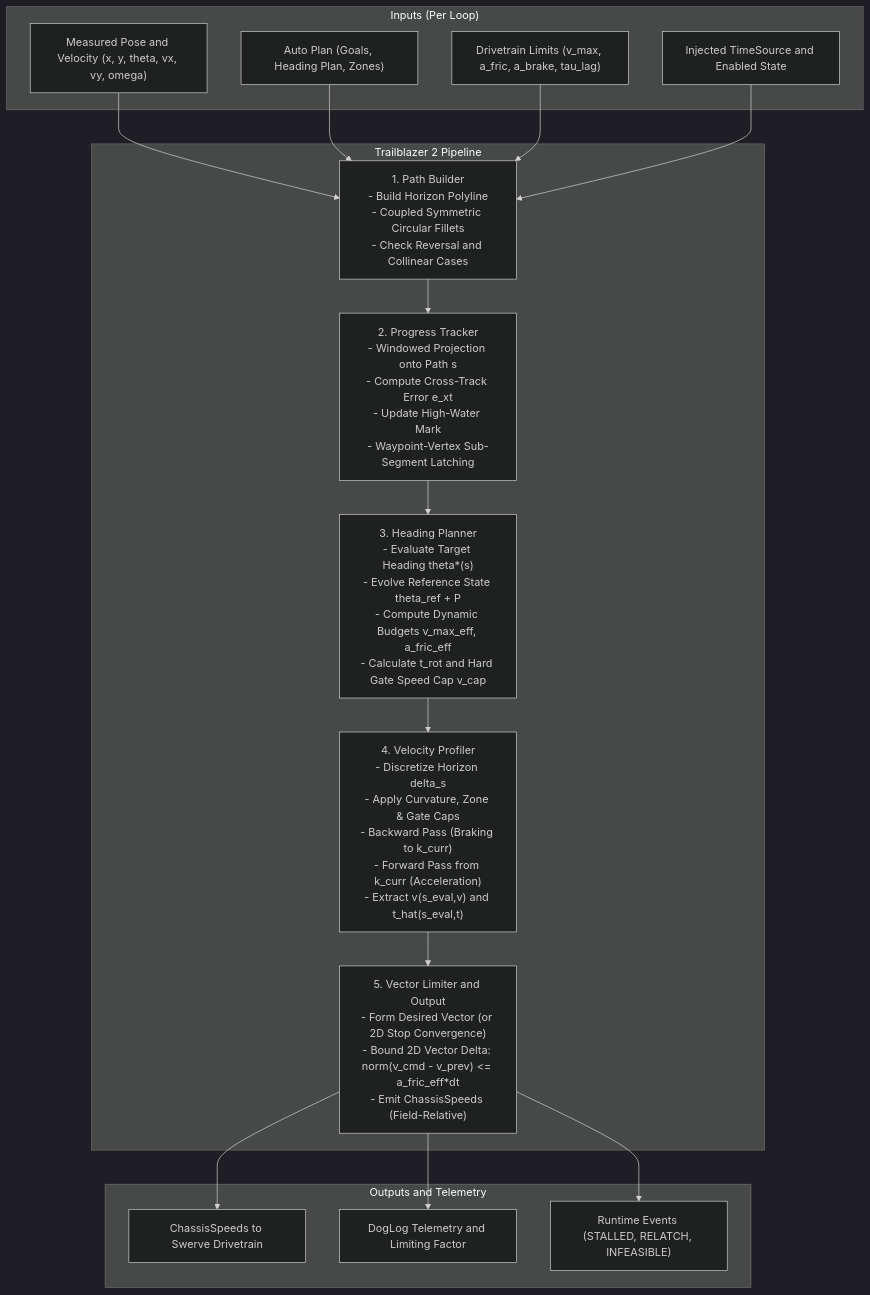
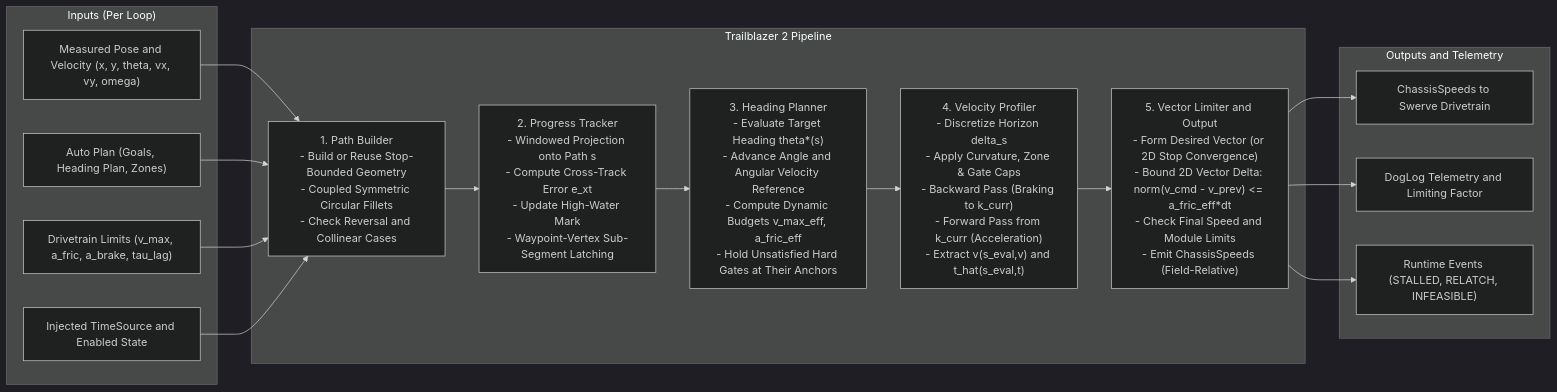
The first of 2 diagrams in shared/src/main/java/com/team581/trailblazer2/planning/00-overview-and-architecture.md (team581/offseason-2026), drawn with Mermaid (dark theme) before and after one commit. The commit also changed other lines of this file and 9 other files, not shown here.

Commit message:
Update implementation roadmap

````diff
--- a/shared/src/main/java/com/team581/trailblazer2/planning/00-overview-and-architecture.md
+++ b/shared/src/main/java/com/team581/trailblazer2/planning/00-overview-and-architecture.md
@@ -48,36 +52,36 @@
 ```mermaid
-flowchart TD
+flowchart LR
     subgraph Inputs ["Inputs (Per Loop)"]
         State["Measured Pose and Velocity (x, y, theta, vx, vy, omega)"]
         Spec["Auto Plan (Goals, Heading Plan, Zones)"]
         Limits["Drivetrain Limits (v_max, a_fric, a_brake, tau_lag)"]
         Time["Injected TimeSource and Enabled State"]
     end
 
     subgraph Pipeline ["Trailblazer 2 Pipeline"]
-        Step1["1. Path Builder<br/>- Build Horizon Polyline<br/>- Coupled Symmetric Circular Fillets<br/>- Check Reversal and Collinear Cases"]
+        Step1["1. Path Builder<br/>- Build or Reuse Stop-Bounded Geometry<br/>- Coupled Symmetric Circular Fillets<br/>- Check Reversal and Collinear Cases"]
         Step2["2. Progress Tracker<br/>- Windowed Projection onto Path s<br/>- Compute Cross-Track Error e_xt<br/>- Update High-Water Mark<br/>- Waypoint-Vertex Sub-Segment Latching"]
-        Step3["3. Heading Planner<br/>- Evaluate Target Heading theta*(s)<br/>- Evolve Reference State theta_ref + P<br/>- Compute Dynamic Budgets v_max_eff, a_fric_eff<br/>- Calculate t_rot and Hard Gate Speed Cap v_cap"]
+        Step3["3. Heading Planner<br/>- Evaluate Target Heading theta*(s)<br/>- Advance Angle and Angular Velocity Reference<br/>- Compute Dynamic Budgets v_max_eff, a_fric_eff<br/>- Hold Unsatisfied Hard Gates at Their Anchors"]
         Step4["4. Velocity Profiler<br/>- Discretize Horizon delta_s<br/>- Apply Curvature, Zone & Gate Caps<br/>- Backward Pass (Braking to k_curr)<br/>- Forward Pass from k_curr (Acceleration)<br/>- Extract v(s_eval,v) and t_hat(s_eval,t)"]
-        Step5["5. Vector Limiter and Output<br/>- Form Desired Vector (or 2D Stop Convergence)<br/>- Bound 2D Vector Delta: norm(v_cmd - v_prev) <= a_fric_eff*dt<br/>- Emit ChassisSpeeds (Field-Relative)"]
+        Step5["5. Vector Limiter and Output<br/>- Form Desired Vector (or 2D Stop Convergence)<br/>- Bound 2D Vector Delta: norm(v_cmd - v_prev) <= a_fric_eff*dt<br/>- Check Final Speed and Module Limits<br/>- Emit ChassisSpeeds (Field-Relative)"]
     end
 
     subgraph Output ["Outputs and Telemetry"]
         Cmd["ChassisSpeeds to Swerve Drivetrain"]
         Logs["DogLog Telemetry and Limiting Factor"]
         Events["Runtime Events (STALLED, RELATCH, INFEASIBLE)"]
     end
 
     State --> Step1
     Spec --> Step1
     Limits --> Step1
     Time --> Step1
 
     Step1 --> Step2
     Step2 --> Step3
     Step3 --> Step4
     Step4 --> Step5
     Step5 --> Cmd
     Step5 --> Logs
     Step5 --> Events
 ```
````
